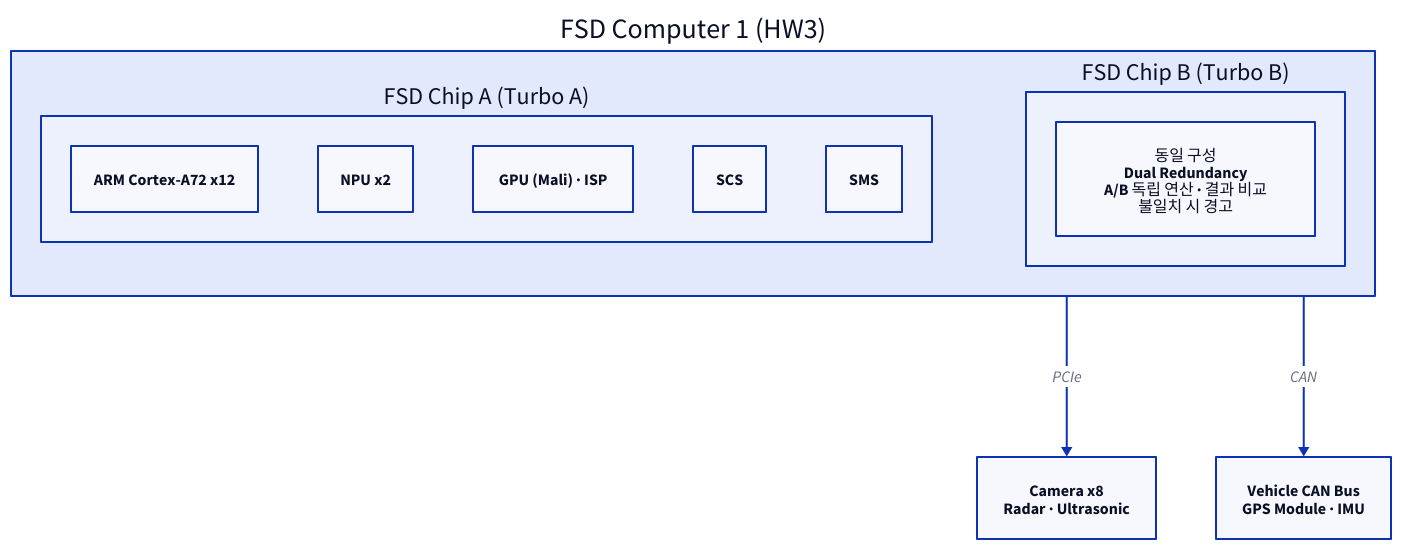
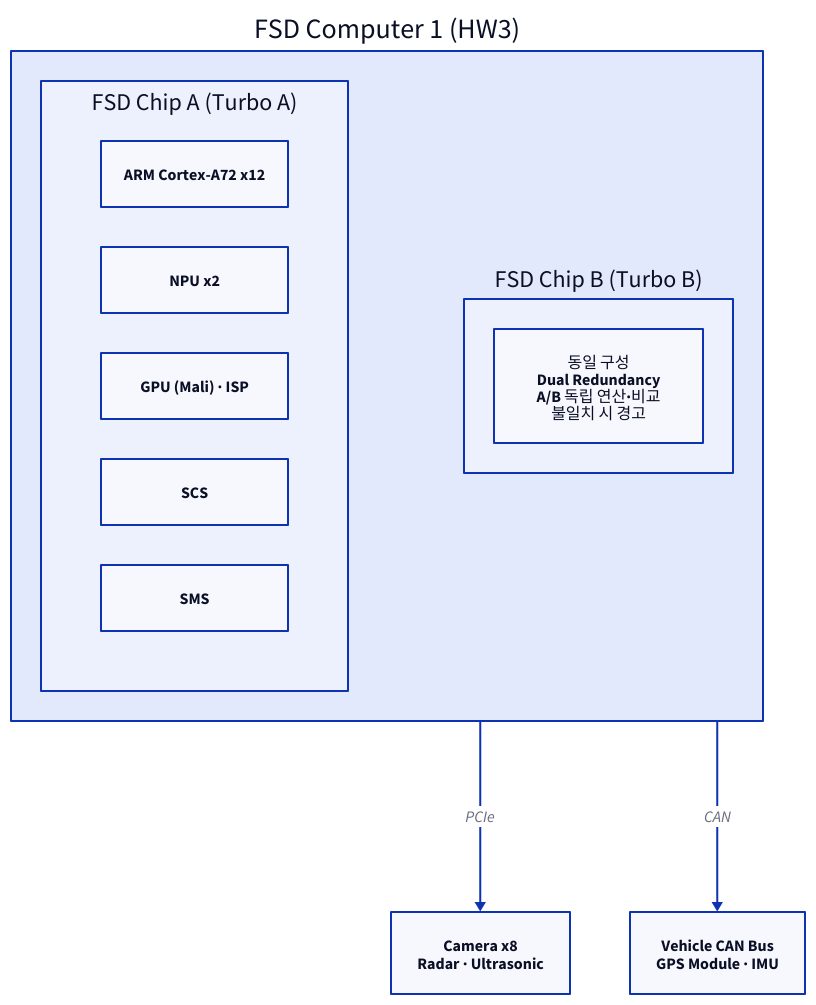
One commit to humbleowl39/DV_SKOOL changed the sixth of 9 diagrams in topics/automotive_cybersecurity/docs/03_tesla_fsd_case_study.md. Above: the diagram before and after it, drawn with D2. The commit also changed other lines of this file and 90 other files, not shown here.

First line of the commit message:
docs: 전 토픽 다이어그램 정비 — ASCII→D2, mermaid→D2, 과대 D2 가시성 수정

````diff
--- a/topics/automotive_cybersecurity/docs/03_tesla_fsd_case_study.md
+++ b/topics/automotive_cybersecurity/docs/03_tesla_fsd_case_study.md
@@ -342,21 +345,22 @@
 ```d2
 direction: down
 
 HW3: "FSD Computer 1 (HW3)" {
-  direction: right
+  direction: down
   CHIPA: "FSD Chip A (Turbo A)" {
+    grid-rows: 5
     A1: "ARM Cortex-A72 x12"
     A2: "NPU x2"
     A3: "GPU (Mali) · ISP"
     ASCS: "SCS"
     ASMS: "SMS"
   }
   CHIPB: "FSD Chip B (Turbo B)" {
-    B1: "동일 구성\nDual Redundancy\nA/B 독립 연산 · 결과 비교\n불일치 시 경고"
+    B1: "동일 구성\nDual Redundancy\nA/B 독립 연산·비교\n불일치 시 경고"
   }
 }
 SENS: "Camera x8\nRadar · Ultrasonic"
 VEH: "Vehicle CAN Bus\nGPS Module · IMU"
 HW3 -> SENS: "PCIe"
 HW3 -> VEH: "CAN"
 ```
````
